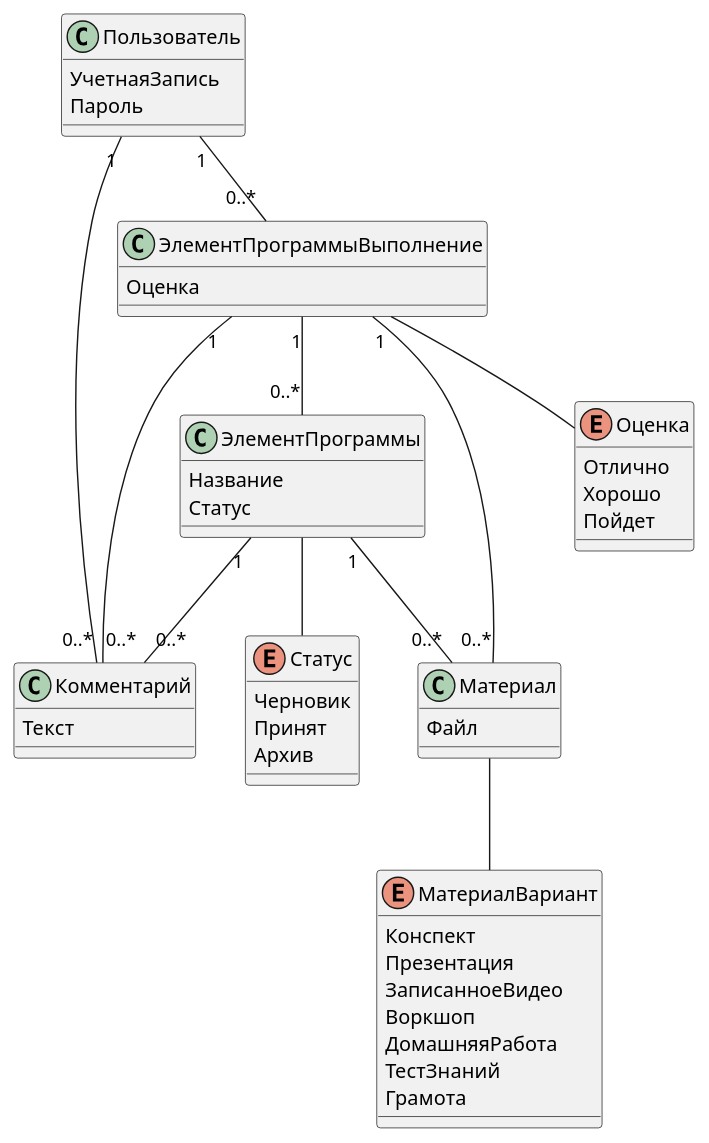
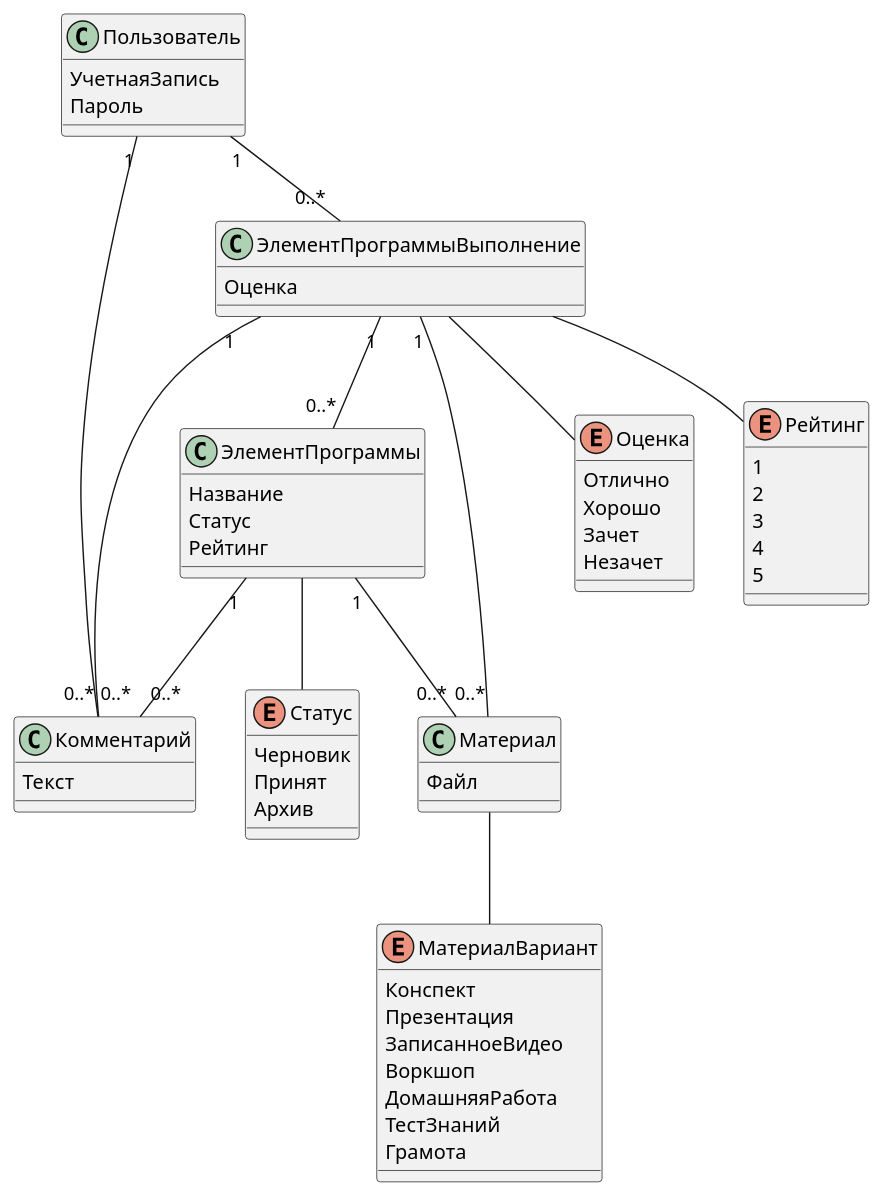
Before and after one commit to karpoftea/mts-kata-2023: the third of 3 diagrams in docs/domain/model.md, drawn with PlantUML. The commit also changed 1 other file, not shown here.

Commit message:
Доработал бизнес-контекст, модель предметной области (рейтинг)

```diff
--- a/docs/domain/model.md
+++ b/docs/domain/model.md
@@ -209,8 +209,21 @@
     {
         Отлично
         Хорошо
-        Пойдет
+        Зачет
+        Незачет
     }
+
+ЭлементПрограммыВыполнение -- Рейтинг
+
+enum Рейтинг
+    {
+        1
+        2
+        3
+        4
+        5
+    }
+
 
 class Материал
     {
@@ -226,6 +239,7 @@
     {
         Название
         Статус
+        Рейтинг
     }
 
 ЭлементПрограммы -- Статус
```
